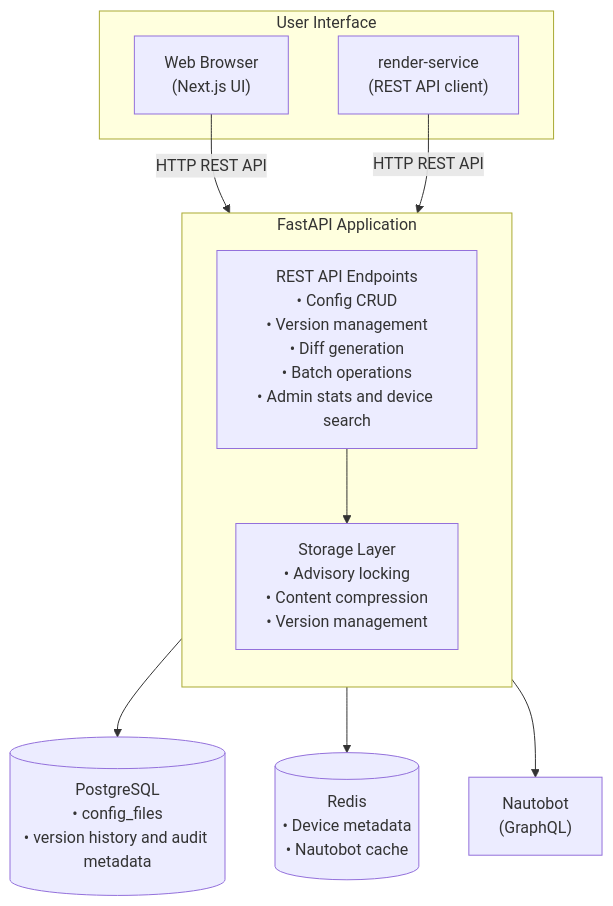
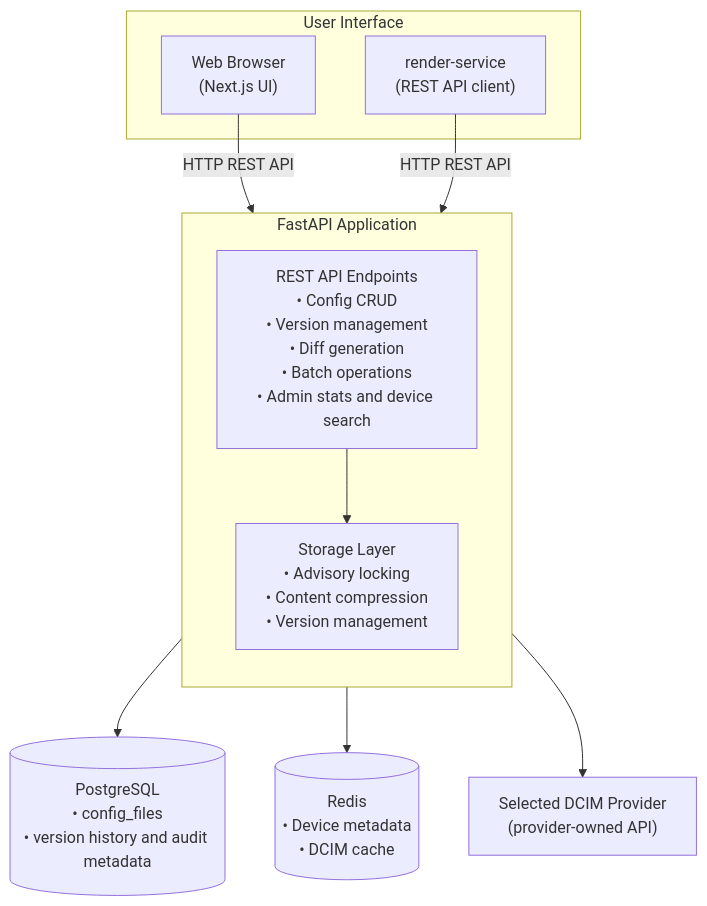
One commit to NVIDIA/nv-config-manager changed the first of 2 diagrams in docs/config-store/config-store-architecture.mdx. Above: the diagram before and after it, drawn with Mermaid. The commit also changed other lines of this file and 233 other files, not shown here.

Commit message:
feat: add pluggable DCIM provider framework

````diff
--- a/docs/config-store/config-store-architecture.mdx
+++ b/docs/config-store/config-store-architecture.mdx
@@ -11,21 +11,21 @@
 ```mermaid
 flowchart TB
   subgraph ui["User Interface"]
     browser["Web Browser<br/>(Next.js UI)"]
     render["render-service<br/>(REST API client)"]
   end
 
   subgraph fastapi["FastAPI Application"]
     direction TB
     ep["REST API Endpoints<br/>• Config CRUD<br/>• Version management<br/>• Diff generation<br/>• Batch operations<br/>• Admin stats and device search"]
     sl["Storage Layer<br/>• Advisory locking<br/>• Content compression<br/>• Version management"]
     ep --> sl
   end
 
   browser -->|"HTTP REST API"| fastapi
   render -->|"HTTP REST API"| fastapi
 
   sl --> pg[("PostgreSQL<br/>• config_files<br/>• version history and audit metadata")]
-  sl --> redis[("Redis<br/>• Device metadata<br/>• Nautobot cache")]
-  sl --> nb["Nautobot<br/>(GraphQL)"]
+  sl --> redis[("Redis<br/>• Device metadata<br/>• DCIM cache")]
+  sl --> dcim["Selected DCIM Provider<br/>(provider-owned API)"]
 ```
````
